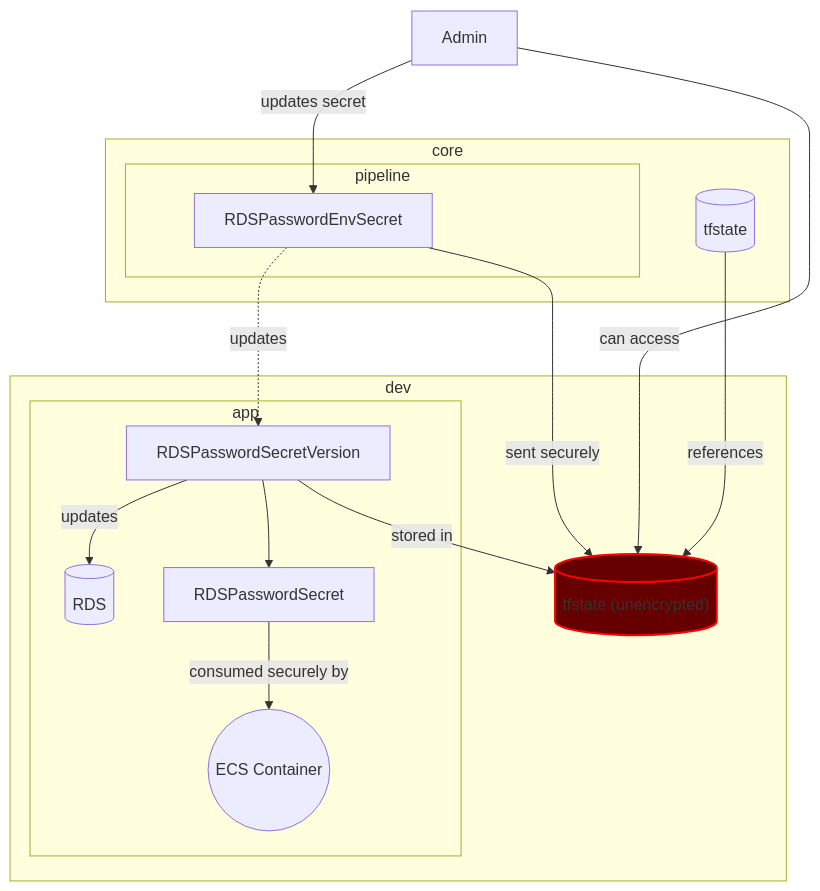
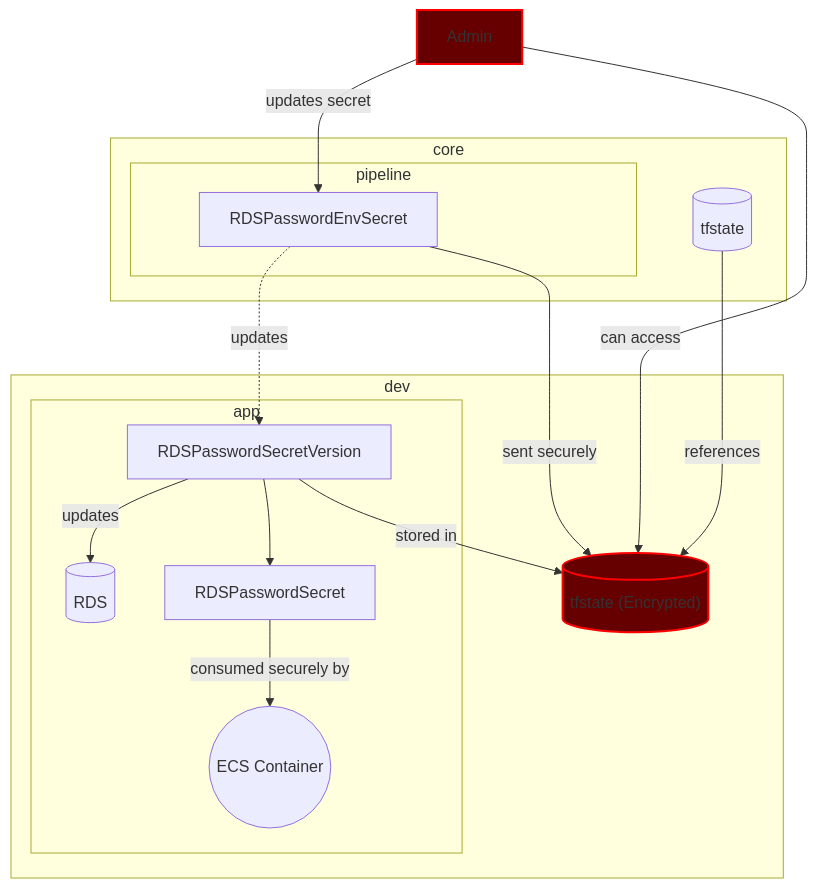
Before and after one commit to dukeofgaming/ipfs-metadata: the diagram in docs/adrs/9 - Database  Pasword Security.md, drawn with Mermaid.

Commit message:
Highlighting vulnerable points

````diff
--- a/docs/adrs/9 - Database  Pasword Security.md
+++ b/docs/adrs/9 - Database  Pasword Security.md
@@ -8,40 +9,41 @@
 ```mermaid
 graph 
     subgraph "core"
         CoreTerraformState[("tfstate")]
         subgraph "pipeline"
             RDSPasswordEnvSecret
         end
     end
 
 
     subgraph "dev"
         
-        UnencryptedState[("tfstate (unencrypted)")]
+        EncryptedState[("tfstate (Encrypted)")]
         subgraph "app"
 
-            RDS[("RDS")]    
+            RDS[("RDS ")]    
 
             RDSPasswordSecret
             RDSPasswordSecretVersion --> RDSPasswordSecret
             ECS(("ECS Container"))
             
         end
 
-        RDSPasswordSecretVersion -- stored in --> UnencryptedState
+        RDSPasswordSecretVersion -- stored in --> EncryptedState
         RDSPasswordSecretVersion-- updates --> RDS
         RDSPasswordSecret -- consumed securely by --> ECS
 
-        RDSPasswordEnvSecret -- sent securely --> UnencryptedState
+        RDSPasswordEnvSecret -- sent securely --> EncryptedState
         RDSPasswordEnvSecret -. updates .-> RDSPasswordSecretVersion
 
-        style UnencryptedState stroke:#f00, stroke-width:2px, fill:#600
+        style EncryptedState stroke:#f00, stroke-width:2px, fill:#600
+        style Admin stroke:#f00, stroke-width:2px, fill:#600
 
     end
 
     Admin -- updates secret --> RDSPasswordEnvSecret
-    Admin -- can access --> UnencryptedState
-    CoreTerraformState -- references --> UnencryptedState
+    Admin -- can access --> EncryptedState
+    CoreTerraformState -- references --> EncryptedState
 
 
 ```
````
